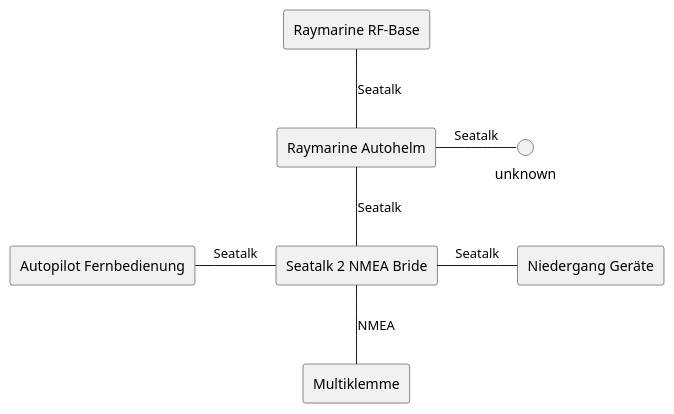
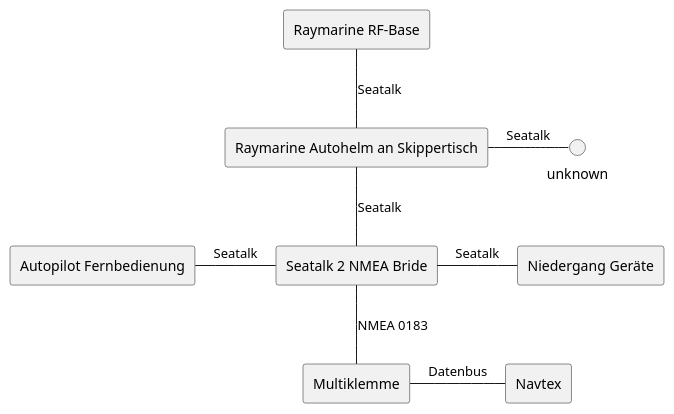
The fourth of 4 diagrams in datenfluss.plantuml (i7i5/knidos-notices), drawn with PlantUML before and after one commit. The commit also changed other lines of this file and 8 other files, not shown here.

Commit message:
Added new diagrams, data flows and documentation

```diff
--- a/datenfluss.plantuml
+++ b/datenfluss.plantuml
@@ -15,19 +60,21 @@
-@startuml sensordaten
+@startuml sensordata
 skinparam shadowing false
 skinparam componentStyle rectangle
 
 [Raymarine RF-Base] as RFB
-[Raymarine Autohelm] as AUTOPLT
+[Raymarine Autohelm an Skippertisch] as AUTOPLT
 [Niedergang Geräte] as NIEDERGANG
 [Autopilot Fernbedienung] as RF
 [Seatalk 2 NMEA Bride] as S2N
 [Multiklemme] as MULTI
+[Navtex] as NAVTEX
 
 RFB -down- AUTOPLT: Seatalk
 AUTOPLT - unknown: Seatalk
 S2N -up- AUTOPLT: Seatalk
 S2N - NIEDERGANG: Seatalk
 RF - S2N: Seatalk
-S2N -down- MULTI: NMEA
+S2N -down- MULTI: NMEA 0183
+MULTI -right- NAVTEX: Datenbus
 
 @enduml
```
